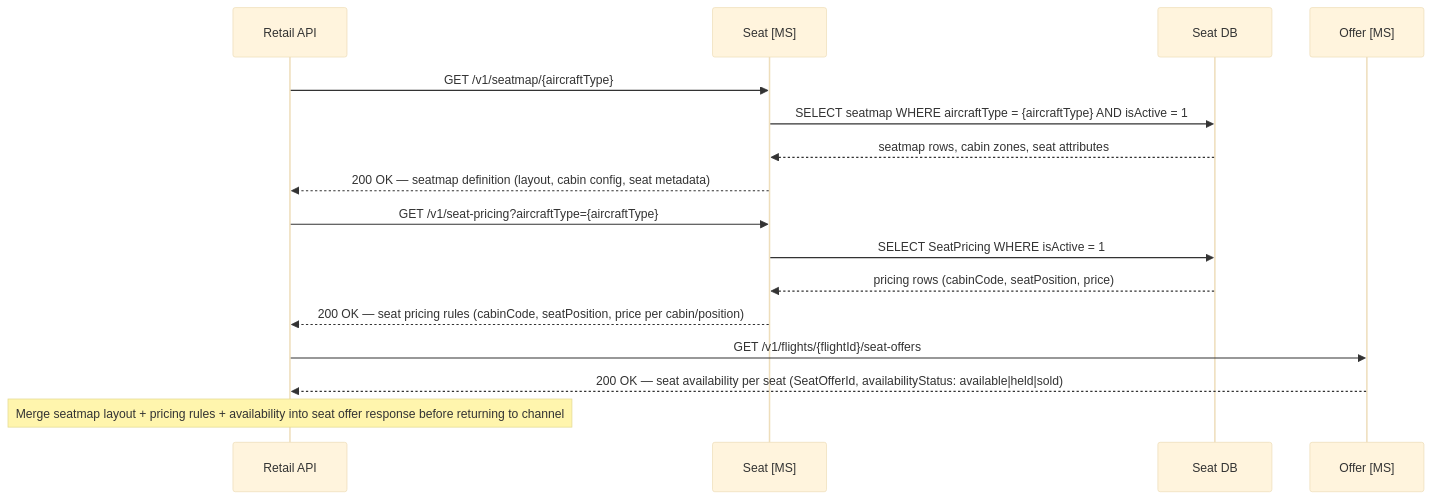
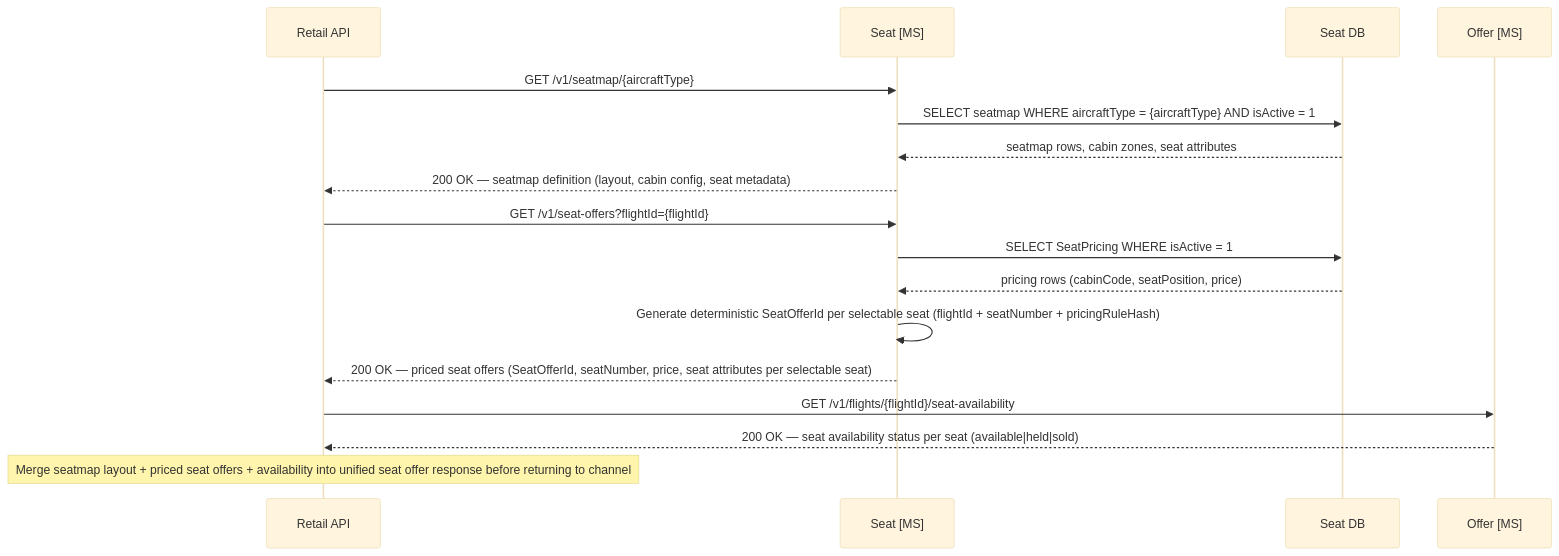
Before and after one commit to sebharvey/airline-reservation-system: diagram 14 of 27 in documentation/design.md, drawn with Mermaid (base theme). The commit also changed other lines of this file, not shown here.

First line of the commit message:
docs: fix remaining superseded seat endpoint references throughout design.md

````diff
--- a/documentation/design.md
+++ b/documentation/design.md
@@ -2443,22 +2443,23 @@
 ```mermaid
 sequenceDiagram
     participant RetailAPI as Retail API
     participant SeatMS as Seat [MS]
     participant SeatDB as Seat DB
     participant OfferMS as Offer [MS]
 
     RetailAPI->>SeatMS: GET /v1/seatmap/{aircraftType}
     SeatMS->>SeatDB: SELECT seatmap WHERE aircraftType = {aircraftType} AND isActive = 1
     SeatDB-->>SeatMS: seatmap rows, cabin zones, seat attributes
     SeatMS-->>RetailAPI: 200 OK — seatmap definition (layout, cabin config, seat metadata)
 
-    RetailAPI->>SeatMS: GET /v1/seat-pricing?aircraftType={aircraftType}
+    RetailAPI->>SeatMS: GET /v1/seat-offers?flightId={flightId}
     SeatMS->>SeatDB: SELECT SeatPricing WHERE isActive = 1
     SeatDB-->>SeatMS: pricing rows (cabinCode, seatPosition, price)
-    SeatMS-->>RetailAPI: 200 OK — seat pricing rules (cabinCode, seatPosition, price per cabin/position)
+    SeatMS->>SeatMS: Generate deterministic SeatOfferId per selectable seat (flightId + seatNumber + pricingRuleHash)
+    SeatMS-->>RetailAPI: 200 OK — priced seat offers (SeatOfferId, seatNumber, price, seat attributes per selectable seat)
 
-    RetailAPI->>OfferMS: GET /v1/flights/{flightId}/seat-offers
-    OfferMS-->>RetailAPI: 200 OK — seat availability per seat (SeatOfferId, availabilityStatus: available|held|sold)
+    RetailAPI->>OfferMS: GET /v1/flights/{flightId}/seat-availability
+    OfferMS-->>RetailAPI: 200 OK — seat availability status per seat (available|held|sold)
 
-    Note over RetailAPI: Merge seatmap layout + pricing rules + availability into seat offer response before returning to channel
+    Note over RetailAPI: Merge seatmap layout + priced seat offers + availability into unified seat offer response before returning to channel
 ```
````
